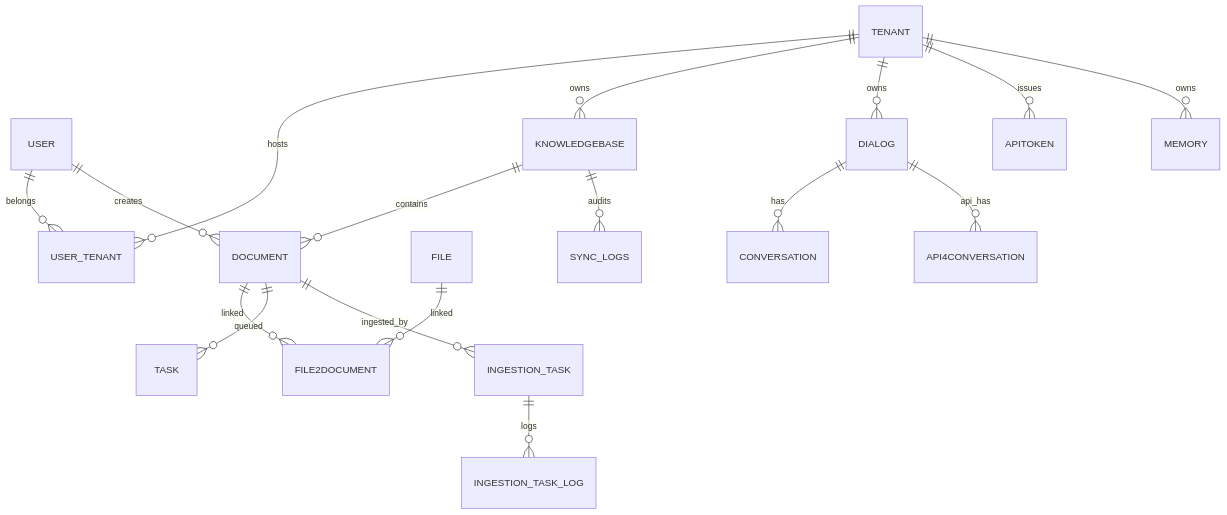
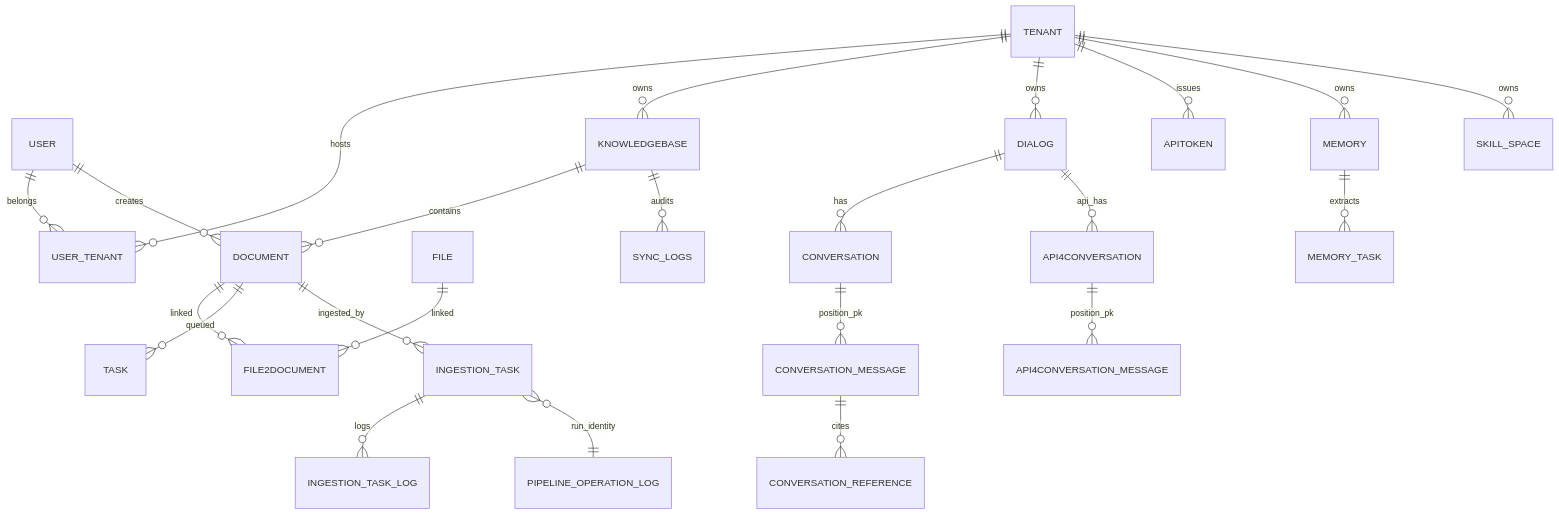
One commit to morehao/oss-insights changed the diagram in ai-agent/ragflow/data-model.md. Above: the diagram before and after it, drawn with Mermaid. The commit also changed other lines of this file and 25 other files, not shown here.

First line of the commit message:
docs(ragflow): refresh insight docs for v1.0.0-rc1 Go rewrite and restructure architecture design (#50)

````diff
--- a/ai-agent/ragflow/data-model.md
+++ b/ai-agent/ragflow/data-model.md
@@ -125,19 +159,25 @@
 ```mermaid
 erDiagram
     USER ||--o{ USER_TENANT : "belongs"
     TENANT ||--o{ USER_TENANT : "hosts"
     TENANT ||--o{ KNOWLEDGEBASE : "owns"
     KNOWLEDGEBASE ||--o{ DOCUMENT : "contains"
     USER ||--o{ DOCUMENT : "creates"
     FILE ||--o{ FILE2DOCUMENT : "linked"
     DOCUMENT ||--o{ FILE2DOCUMENT : "linked"
     DOCUMENT ||--o{ TASK : "queued"
     DOCUMENT ||--o{ INGESTION_TASK : "ingested_by"
     INGESTION_TASK ||--o{ INGESTION_TASK_LOG : "logs"
+    INGESTION_TASK }o--|| PIPELINE_OPERATION_LOG : "run_identity"
     TENANT ||--o{ DIALOG : "owns"
     DIALOG ||--o{ CONVERSATION : "has"
+    CONVERSATION ||--o{ CONVERSATION_MESSAGE : "position_pk"
+    CONVERSATION_MESSAGE ||--o{ CONVERSATION_REFERENCE : "cites"
     DIALOG ||--o{ API4CONVERSATION : "api_has"
+    API4CONVERSATION ||--o{ API4CONVERSATION_MESSAGE : "position_pk"
     TENANT ||--o{ APITOKEN : "issues"
     TENANT ||--o{ MEMORY : "owns"
+    MEMORY ||--o{ MEMORY_TASK : "extracts"
+    TENANT ||--o{ SKILL_SPACE : "owns"
     KNOWLEDGEBASE ||--o{ SYNC_LOGS : "audits"
 ```
````
